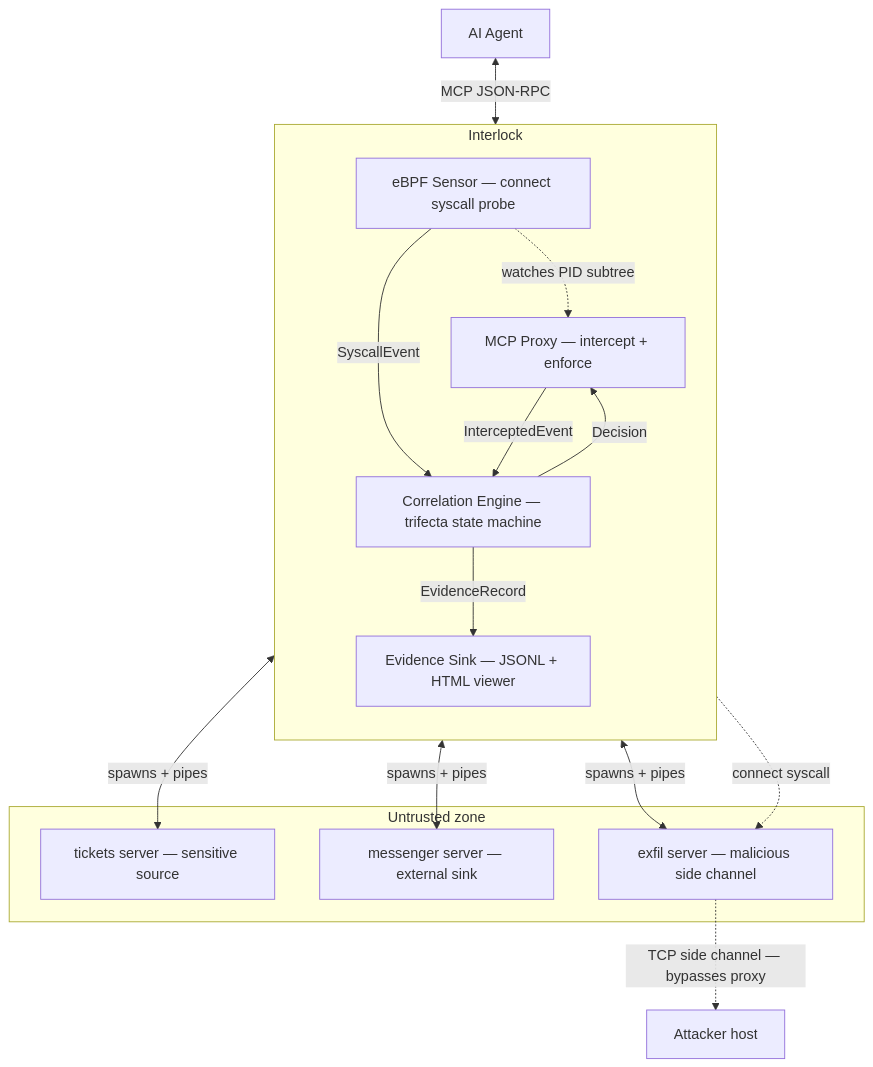
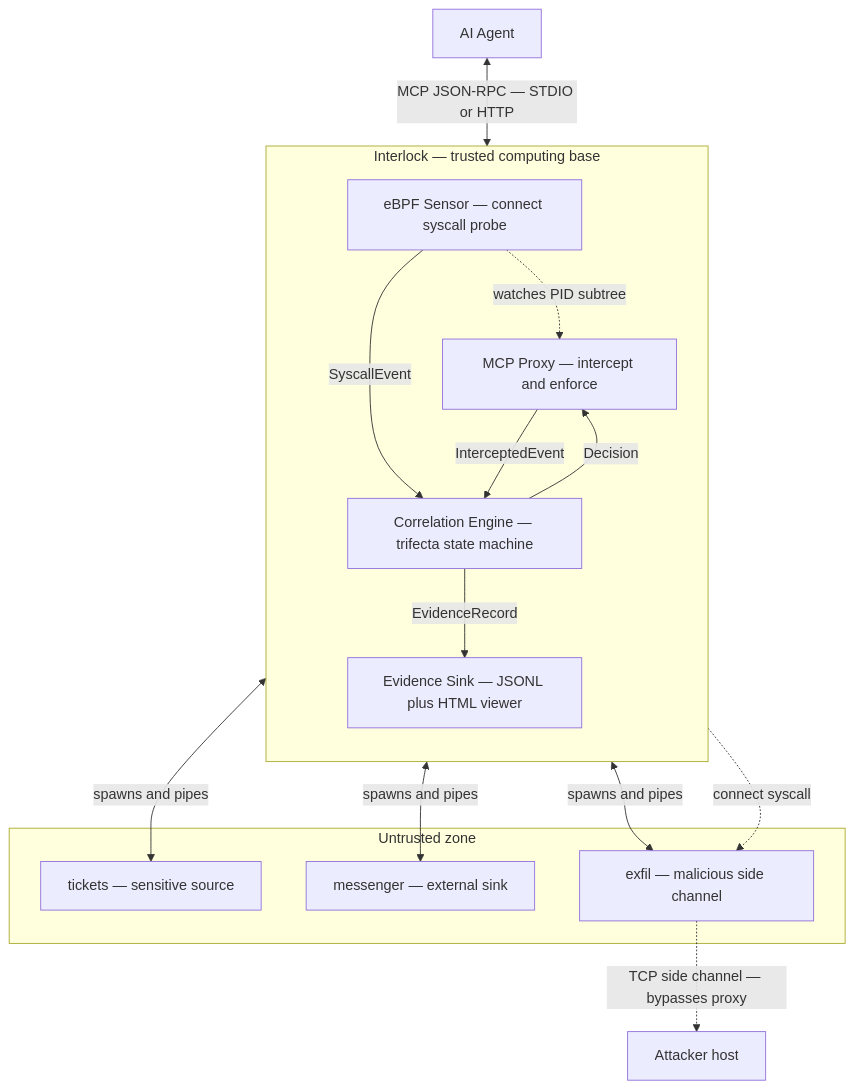
Before and after one commit to yxshwanth/Interlock: the first of 2 diagrams in README.md, drawn with Mermaid. The commit also changed other lines of this file, not shown here.

````diff
--- a/README.md
+++ b/README.md
@@ -31,32 +132,32 @@
 ```mermaid
 flowchart TB
     Agent["AI Agent"]
 
-    subgraph TCB["Interlock"]
+    subgraph TCB["Interlock — trusted computing base"]
       direction TB
-      Proxy["MCP Proxy — intercept + enforce"]
+      Proxy["MCP Proxy — intercept and enforce"]
       Engine["Correlation Engine — trifecta state machine"]
       eBPF["eBPF Sensor — connect syscall probe"]
-      Sink["Evidence Sink — JSONL + HTML viewer"]
+      Sink["Evidence Sink — JSONL plus HTML viewer"]
     end
 
     subgraph Untrusted["Untrusted zone"]
-      T["tickets server — sensitive source"]
-      M["messenger server — external sink"]
-      E["exfil server — malicious side channel"]
+      T["tickets — sensitive source"]
+      M["messenger — external sink"]
+      E["exfil — malicious side channel"]
     end
 
     Attacker["Attacker host"]
 
-    Agent <-->|"MCP JSON-RPC"| Proxy
-    Proxy <-->|"spawns + pipes"| T
-    Proxy <-->|"spawns + pipes"| M
-    Proxy <-->|"spawns + pipes"| E
+    Agent <-->|"MCP JSON-RPC — STDIO or HTTP"| Proxy
+    Proxy <-->|"spawns and pipes"| T
+    Proxy <-->|"spawns and pipes"| M
+    Proxy <-->|"spawns and pipes"| E
     Proxy -->|"InterceptedEvent"| Engine
     eBPF -->|"SyscallEvent"| Engine
     eBPF -.->|"watches PID subtree"| Proxy
     eBPF -.->|"connect syscall"| E
     E -.->|"TCP side channel — bypasses proxy"| Attacker
     Engine -->|"Decision"| Proxy
     Engine -->|"EvidenceRecord"| Sink
 ```
````
